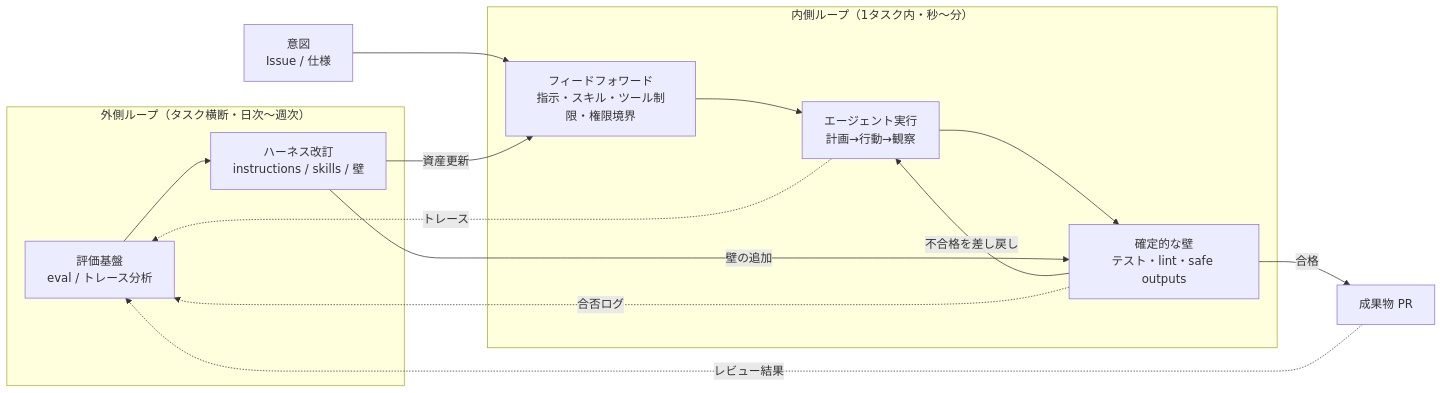
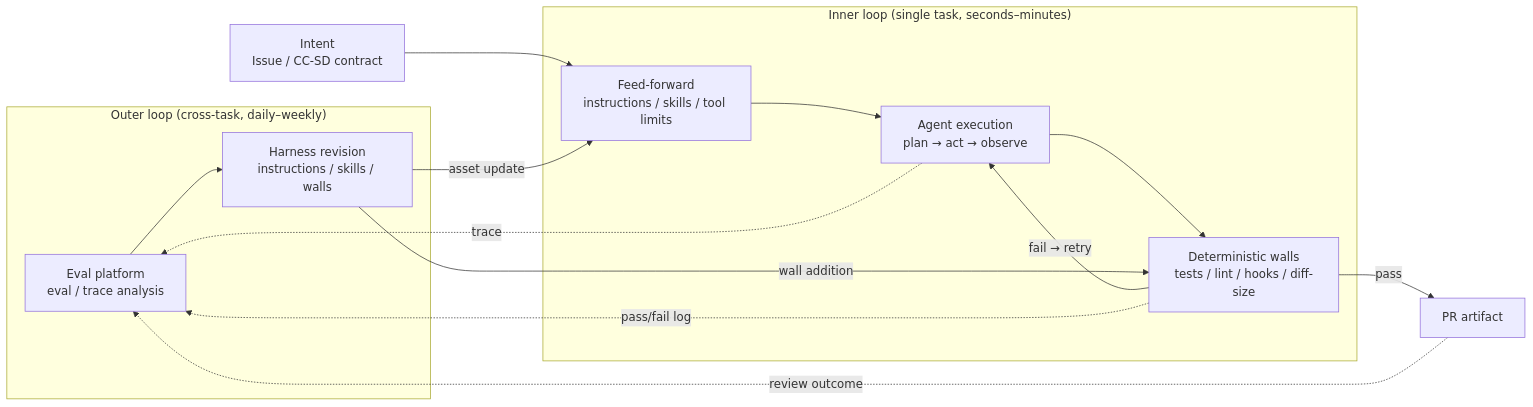
The first of 3 diagrams in docs/arch.md (guilz-dev/sdlc-gh), drawn with Mermaid before and after one commit. The commit also changed other lines of this file and 22 other files, not shown here.

````diff
--- a/docs/arch.md
+++ b/docs/arch.md
@@ -26,23 +48,23 @@
 ```mermaid
 flowchart LR
-    subgraph OUTER["外側ループ（タスク横断・日次〜週次）"]
-        EVAL[評価基盤<br/>eval / トレース分析]
-        REVISE[ハーネス改訂<br/>instructions / skills / 壁]
+    subgraph OUTER["Outer loop (cross-task, daily–weekly)"]
+        EVAL[Eval platform<br/>eval / trace analysis]
+        REVISE[Harness revision<br/>instructions / skills / walls]
     end
-    subgraph INNER["内側ループ（1タスク内・秒〜分）"]
-        FF[フィードフォワード<br/>指示・スキル・ツール制限・権限境界]
-        AGENT[エージェント実行<br/>計画→行動→観察]
-        WALL[確定的な壁<br/>テスト・lint・safe outputs]
+    subgraph INNER["Inner loop (single task, seconds–minutes)"]
+        FF[Feed-forward<br/>instructions / skills / tool limits]
+        AGENT[Agent execution<br/>plan → act → observe]
+        WALL[Deterministic walls<br/>tests / lint / hooks / diff-size]
     end
-    INTENT[意図<br/>Issue / 仕様] --> FF
+    INTENT[Intent<br/>Issue / CC-SD contract] --> FF
     FF --> AGENT
     AGENT --> WALL
-    WALL -- 不合格を差し戻し --> AGENT
-    WALL -- 合格 --> OUT[成果物 PR]
-    AGENT -. トレース .-> EVAL
-    WALL  -. 合否ログ .-> EVAL
-    OUT   -. レビュー結果 .-> EVAL
+    WALL -- fail → retry --> AGENT
+    WALL -- pass --> OUT[PR artifact]
+    AGENT -. trace .-> EVAL
+    WALL  -. pass/fail log .-> EVAL
+    OUT   -. review outcome .-> EVAL
     EVAL --> REVISE
-    REVISE -- 資産更新 --> FF
-    REVISE -- 壁の追加 --> WALL
+    REVISE -- asset update --> FF
+    REVISE -- wall addition --> WALL
 ```
````
